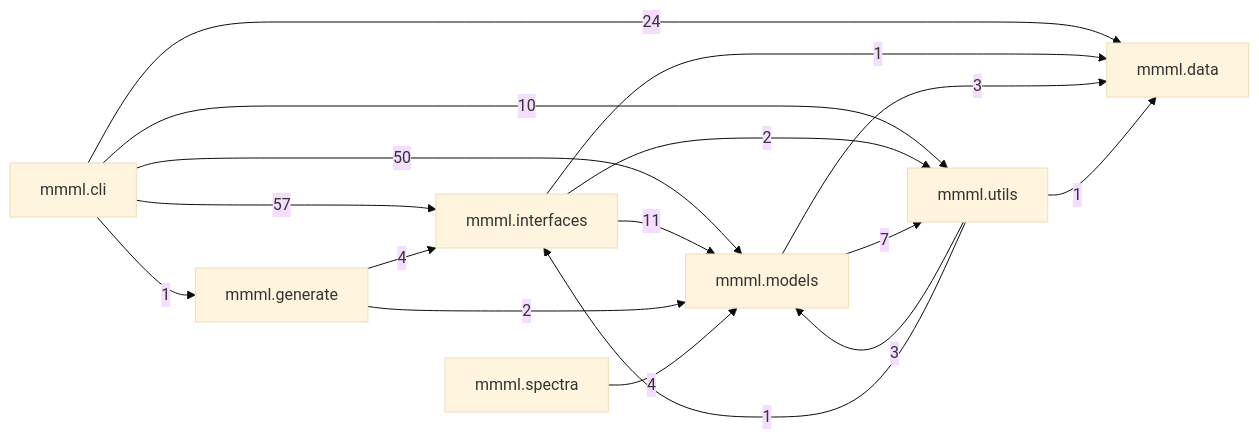
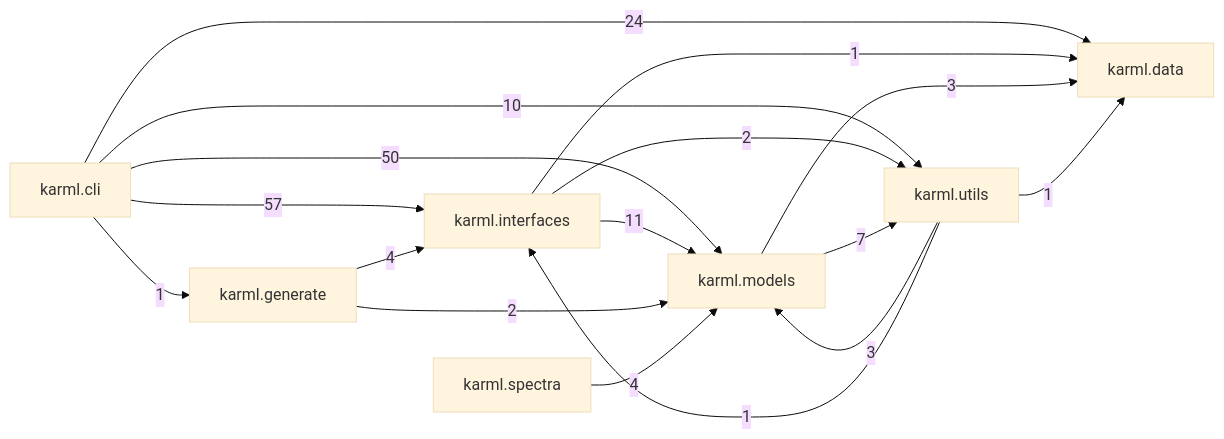
The second of 8 diagrams in docs/package-architecture.md (EricBoittier/mmml), drawn with Mermaid (base theme) before and after one commit. The commit also changed other lines of this file and 2421 other files, not shown here.

First line of the commit message:
Refactor project references from MMML to KARML

````diff
--- a/docs/package-architecture.md
+++ b/docs/package-architecture.md
@@ -79,32 +79,32 @@
 ```mermaid
 flowchart LR
-  CLI["mmml.cli"]
-  IFACE["mmml.interfaces"]
-  MODELS["mmml.models"]
-  DATA["mmml.data"]
-  UTILS["mmml.utils"]
-  GEN["mmml.generate"]
-  SPEC["mmml.spectra"]
+  CLI["karml.cli"]
+  IFACE["karml.interfaces"]
+  MODELS["karml.models"]
+  DATA["karml.data"]
+  UTILS["karml.utils"]
+  GEN["karml.generate"]
+  SPEC["karml.spectra"]
 
   CLI -->|"57"| IFACE
   CLI -->|"50"| MODELS
   CLI -->|"24"| DATA
   CLI -->|"10"| UTILS
   CLI -->|"1"| GEN
 
   IFACE -->|"11"| MODELS
   IFACE -->|"2"| UTILS
   IFACE -->|"1"| DATA
 
   MODELS -->|"7"| UTILS
   MODELS -->|"3"| DATA
 
   UTILS -->|"3"| MODELS
   UTILS -->|"1"| DATA
   UTILS -->|"1"| IFACE
 
   GEN -->|"4"| IFACE
   GEN -->|"2"| MODELS
 
   SPEC -->|"4"| MODELS
 ```
````
